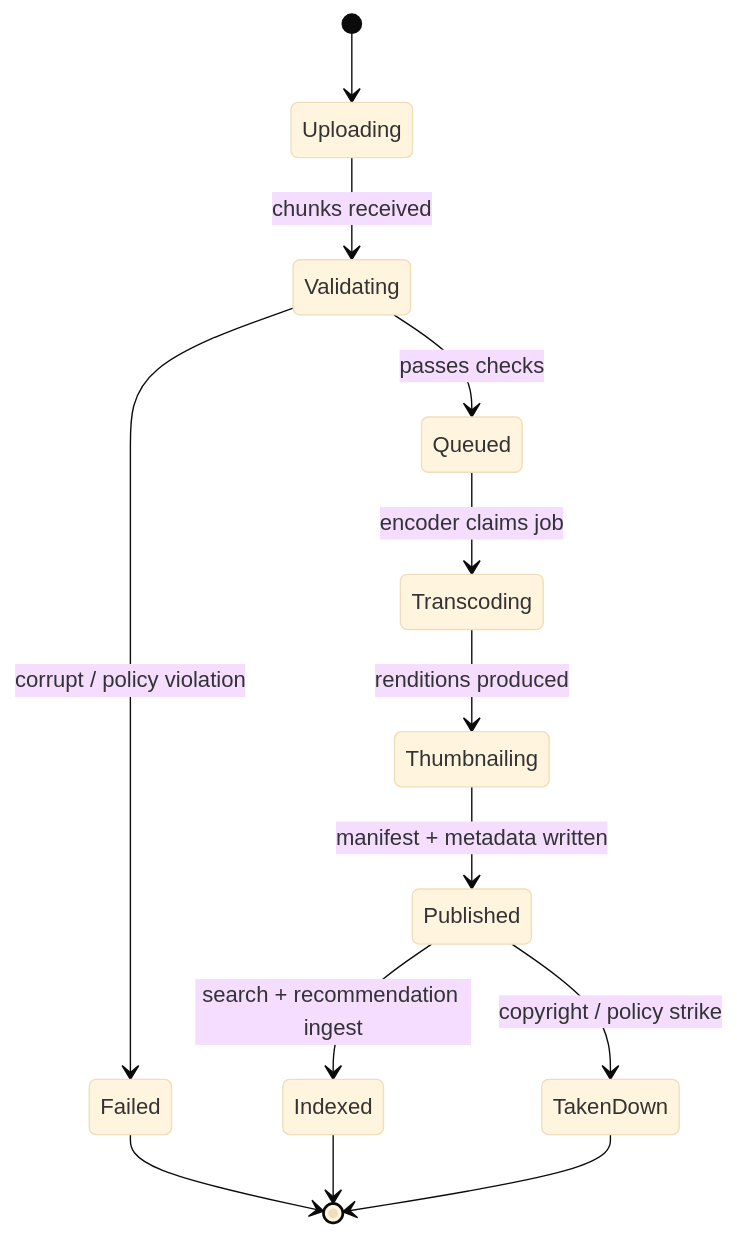
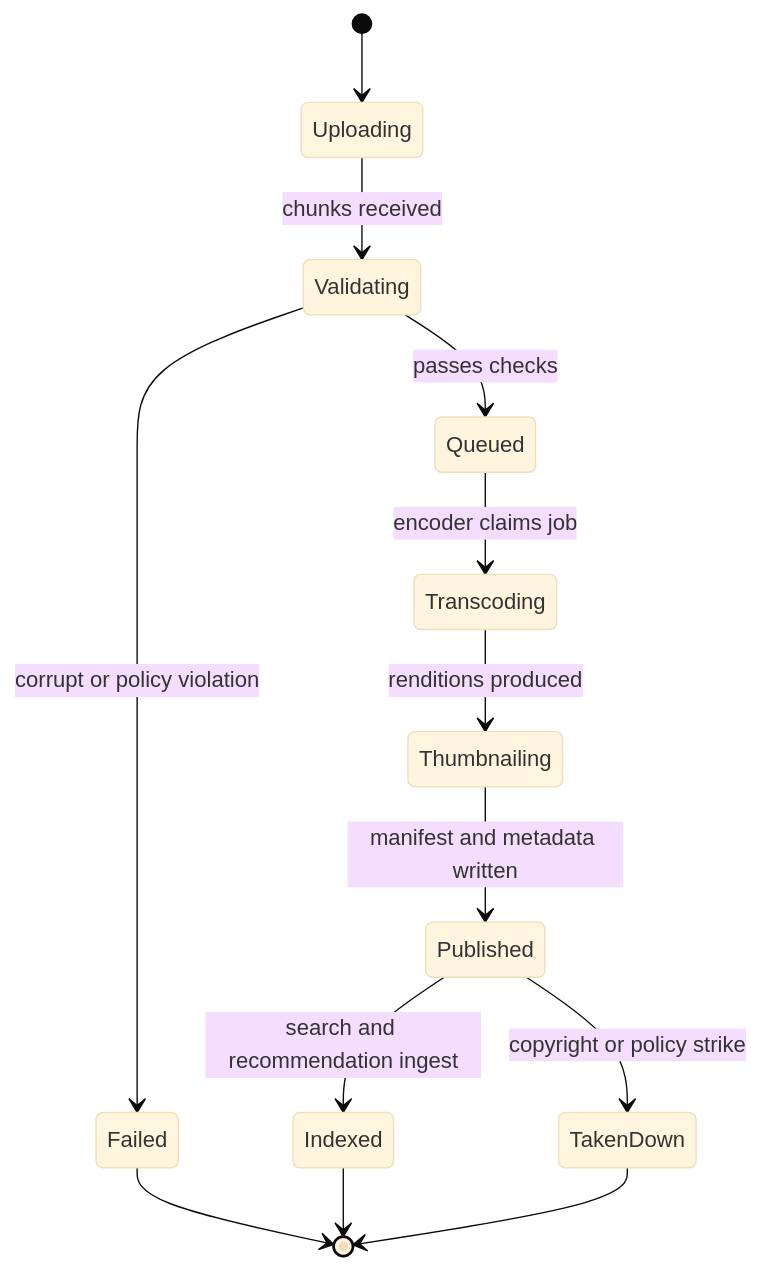
Before and after one commit to riyaz-pasha/Learnings: the seventh of 24 diagrams in system-design/HLD/0-course/26-Design YouTube-FAANG-Guide.md, drawn with Mermaid (base theme). The commit also changed other lines of this file and 1 other file, not shown here.

Commit message:
docs: simplify language and clean up mermaid diagrams in YouTube design guide

````diff
--- a/system-design/HLD/0-course/26-Design YouTube-FAANG-Guide.md
+++ b/system-design/HLD/0-course/26-Design YouTube-FAANG-Guide.md
@@ -304,15 +358,15 @@
 ```mermaid
 stateDiagram-v2
     [*] --> Uploading
-    Uploading --> Validating: chunks received
-    Validating --> Failed: corrupt / policy violation
-    Validating --> Queued: passes checks
-    Queued --> Transcoding: encoder claims job
-    Transcoding --> Thumbnailing: renditions produced
-    Thumbnailing --> Published: manifest + metadata written
-    Published --> Indexed: search + recommendation ingest
+    Uploading --> Validating : chunks received
+    Validating --> Failed : corrupt or policy violation
+    Validating --> Queued : passes checks
+    Queued --> Transcoding : encoder claims job
+    Transcoding --> Thumbnailing : renditions produced
+    Thumbnailing --> Published : manifest and metadata written
+    Published --> Indexed : search and recommendation ingest
     Indexed --> [*]
     Failed --> [*]
-    Published --> TakenDown: copyright / policy strike
+    Published --> TakenDown : copyright or policy strike
     TakenDown --> [*]
 ```
````
